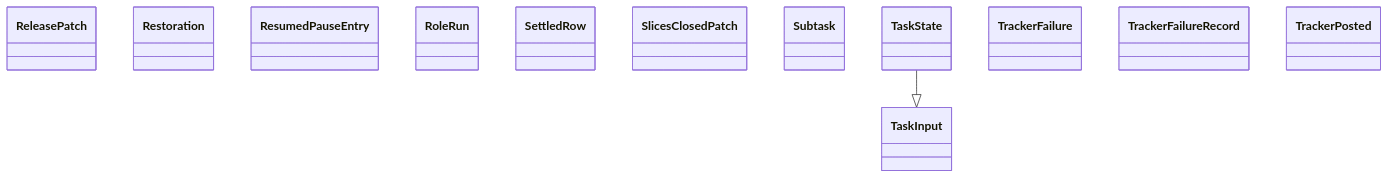
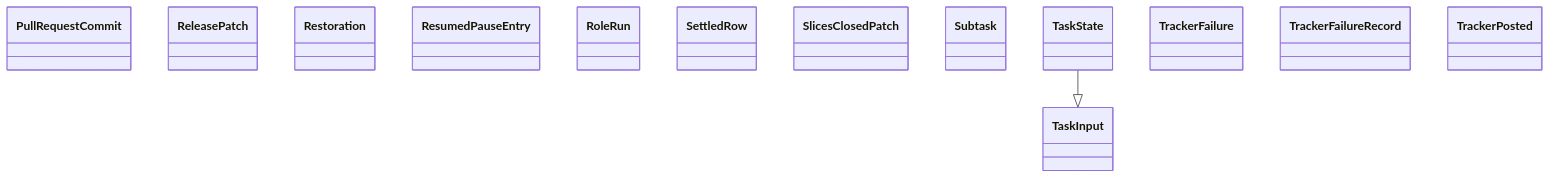
Before and after one commit to GonzaloZevallos/agentic-system: the diagram in docs/architecture/generated/classes-process-domain-state-5.md, drawn with Mermaid. The commit also changed 5 other files, not shown here.

````diff
--- a/docs/architecture/generated/classes-process-domain-state-5.md
+++ b/docs/architecture/generated/classes-process-domain-state-5.md
@@ -21,16 +21,17 @@
 ```mermaid
 classDiagram
+    class task__PullRequestCommit["PullRequestCommit"]
     class task__ReleasePatch["ReleasePatch"]
     class task__Restoration["Restoration"]
     class task__ResumedPauseEntry["ResumedPauseEntry"]
     class task__RoleRun["RoleRun"]
     class task__SettledRow["SettledRow"]
     class task__SlicesClosedPatch["SlicesClosedPatch"]
     class task__Subtask["Subtask"]
     class task__TaskInput["TaskInput"]
     class task__TaskState["TaskState"]
     class task__TrackerFailure["TrackerFailure"]
     class task__TrackerFailureRecord["TrackerFailureRecord"]
     class task__TrackerPosted["TrackerPosted"]
     task__TaskState --|> task__TaskInput
 ```
````
